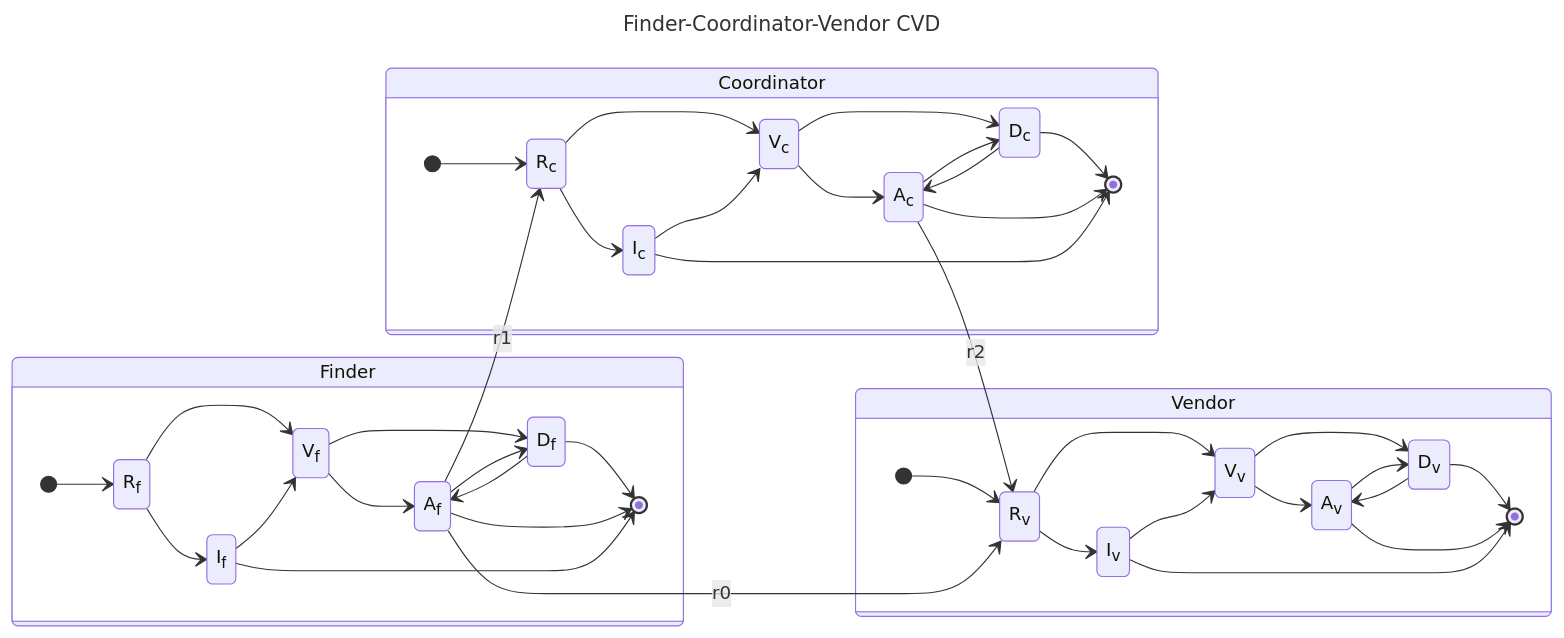
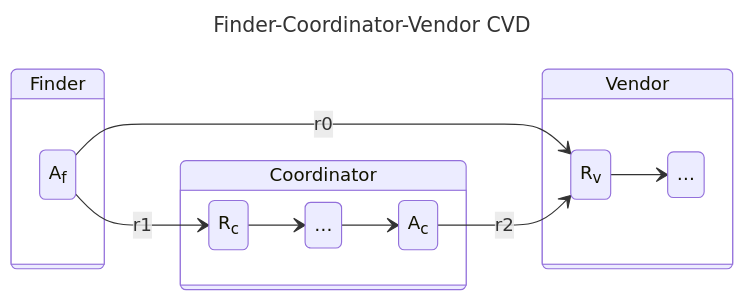
Before and after one commit to CERTCC/Vultron: the third of 8 diagrams in docs/topics/process_models/rm/rm_interactions.md, drawn with Mermaid. The commit also changed other lines of this file and 44 other files, not shown here.

````diff
--- a/docs/topics/process_models/rm/rm_interactions.md
+++ b/docs/topics/process_models/rm/rm_interactions.md
@@ -157,68 +119,28 @@
 ```mermaid
 ---
 title: Finder-Coordinator-Vendor CVD
 ---
 stateDiagram-v2
     direction LR
     state Finder {
         direction LR
-        R: R<sub>f</sub>
-        I: I<sub>f</sub>
-        V: V<sub>f</sub>
-        A: A<sub>f</sub>
-        D: D<sub>f</sub>
-
-        [*] --> R
-        R --> I
-        R --> V
-        I --> V
-        V --> A
-        V --> D
-        A --> D
-        D --> A
-        D --> [*]
-        A --> [*]
-        I --> [*]
+        Af: A<sub>f</sub>
     }
     state Coordinator {
         direction LR
-        RC:R<sub>c</sub>
-        IC:I<sub>c</sub>
-        VC:V<sub>c</sub>
-        AC:A<sub>c</sub>
-        DC:D<sub>c</sub>
-        [*] --> RC
-        RC --> IC
-        RC --> VC
-        IC --> VC
-        VC --> AC
-        VC --> DC
-        AC --> DC
-        DC --> AC
-        DC --> [*]
-        AC --> [*]
-        IC --> [*]
+        Rc: R<sub>c</sub>
+        Ac: A<sub>c</sub>
+        cmid: …
+        Rc --> cmid
+        cmid --> Ac
     }
     state Vendor {
         direction LR
-        RV:R<sub>v</sub>
-        IV:I<sub>v</sub>
-        VV:V<sub>v</sub>
-        AV:A<sub>v</sub>
-        DV:D<sub>v</sub>
-        [*] --> RV
-        RV --> IV
-        RV --> VV
-        IV --> VV
-        VV --> AV
-        VV --> DV
-        AV --> DV
-        DV --> AV
-        DV --> [*]
-        AV --> [*]
-        IV --> [*]
+        Rv: R<sub>v</sub>
+        vafter: …
+        Rv --> vafter
     }
-    A --> RV: r0
-    A --> RC: r1
-    AC --> RV: r2
+    Af --> Rv: r0
+    Af --> Rc: r1
+    Ac --> Rv: r2
 ```
````
